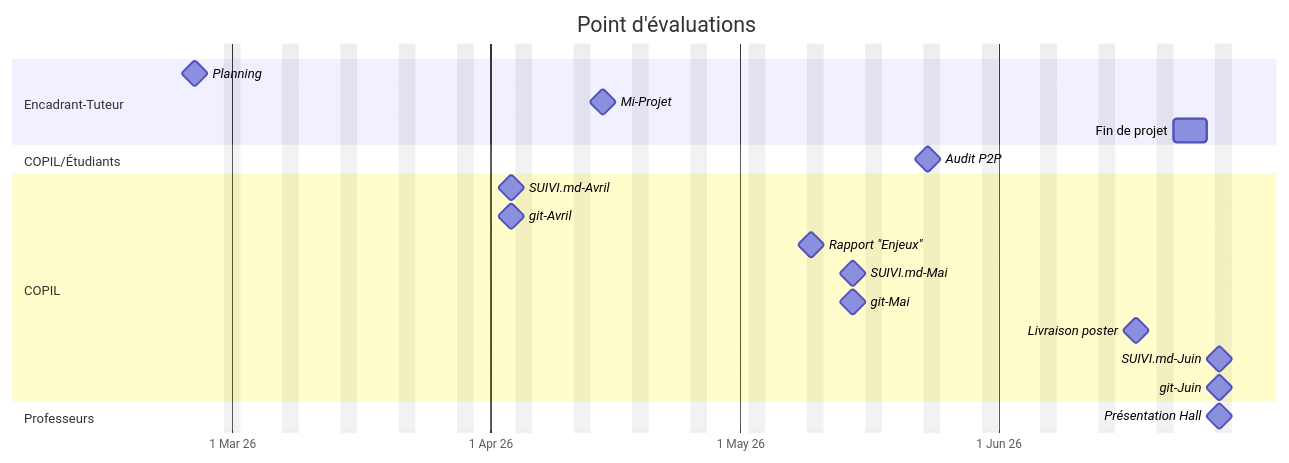
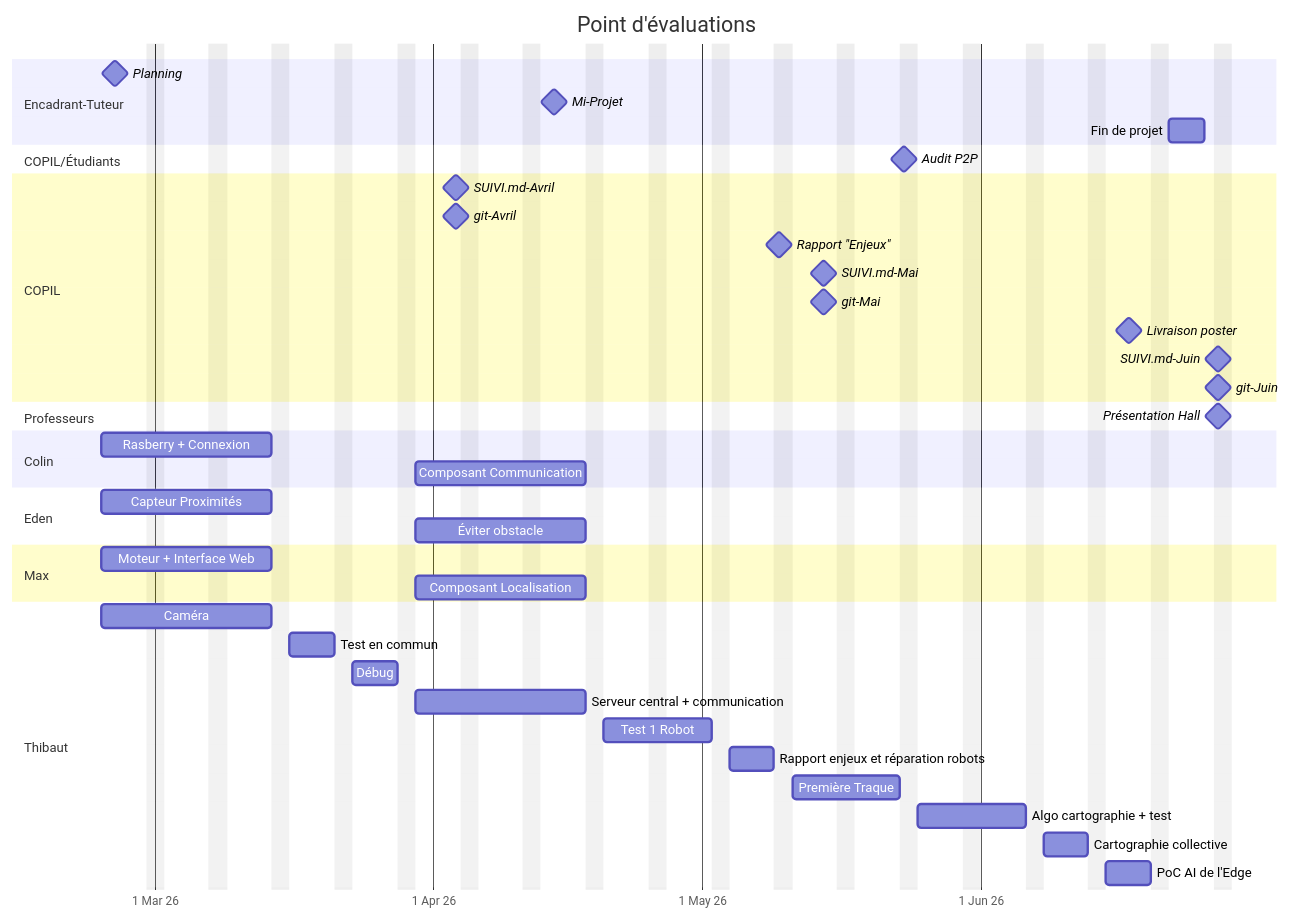
One commit to RDMaven/artefactplusplus changed the diagram in PLANNING.md. Above: the diagram before and after it, drawn with Mermaid. The commit also changed other lines of this file, not shown here.

Commit message:
We finished the planning, we now have a teble and a mermaid illustration.
Co-Authored-by Eden Prevot <eden.prevot@telecom-paris.fr>
Co-Authored-by Colin Belhomme <colin.belhomme@telecom-paris.fr>
Co-Authored-by Max Joseph-Antoine <max.joseph-antoine@telecom-paris.fr>

````diff
--- a/PLANNING.md
+++ b/PLANNING.md
@@ -69,35 +70,65 @@
 ```mermaid
-%%{init: { 'theme': 'default', 'gantt': { 'leftPadding': 150 } } }%%
+
+
+%%{init: { 'theme': 'default',
+  'themeVariables': {
+    'textColor': '#000000',
+    'taskTextLightColor': '#000000',
+    'primaryTextColor': '#000000',
+    'lineColor': '#000000'
+    },
+    'gantt': { 'leftPadding': 150,} } }%%
+
 gantt
+
+todayMarker stroke-width:5px,stroke:#0f0,opacity:0.5
 title Point d'évaluations
 dateFormat DD/MM/YYYY
 excludes weekends
 axisFormat %e %b %y
 tickInterval 1month
 weekday monday
 todayMarker off
  
 section Encadrant-Tuteur
 Planning: milestone, 24/02/2026, 1d
 Mi-Projet: milestone, 07/04/2026, 18/04/2026
 Fin de projet: 22/06/2026, 26/06/2026
 section COPIL/Étudiants
 Audit P2P: milestone, 22/05/2026, 1d
 section COPIL
 SUIVI.md-Avril: milestone, 30/03/2026, 1w
 git-Avril: milestone, 30/03/2026, 1w
 Rapport "Enjeux": milestone, 08/05/2026, 1d
 SUIVI.md-Mai: milestone, 10/05/2026, 1w
 git-Mai: milestone, 10/05/2026, 1w
 Livraison poster: milestone, 17/06/2026, 1d
 SUIVI.md-Juin: milestone, 26/06/2026, 1d
 git-Juin: milestone, 26/06/2026, 1d
 section Professeurs
 Présentation Hall: milestone, 26/06/2026, 1d
 
 section Colin 
+Rasberry + Connexion : a1, 23/02/2026, 15d
+Composant Communication : a4, after a3, 15d
 
 section Eden
+Capteur Proximités : a1, 23/02/2026, 15d
+Éviter obstacle : a4, after a3, 15d
+
 section Max
+Moteur + Interface Web : a1, 23/02/2026, 15d
+Composant Localisation : a4, after a3, 15d
+
 section Thibaut
+Caméra : a1, 23/02/2026, 15d
+Test en commun : a2, after a1, 5d
+Débug : a3, after a2, 5d
+Serveur central + communication : a4, after a3, 15d
+Test 1 Robot : a5, after a4, 10d
+Rapport enjeux et réparation robots : a6, after a5, 5d
+Première Traque : a7, after a6, 10d
+Algo cartographie + test : a8, after a7, 10d
+Cartographie collective : a9, after a8, 5d
+PoC AI de l'Edge : a10, after a9, 5d
 ```
````
